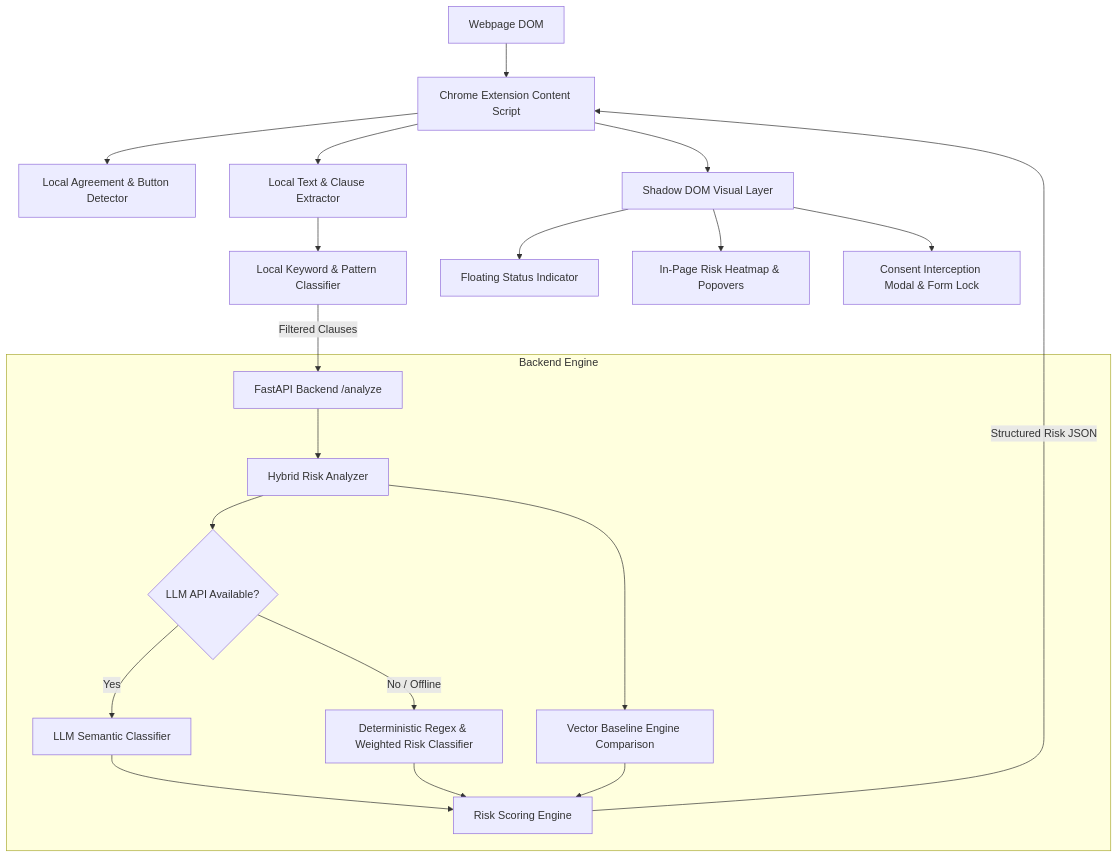
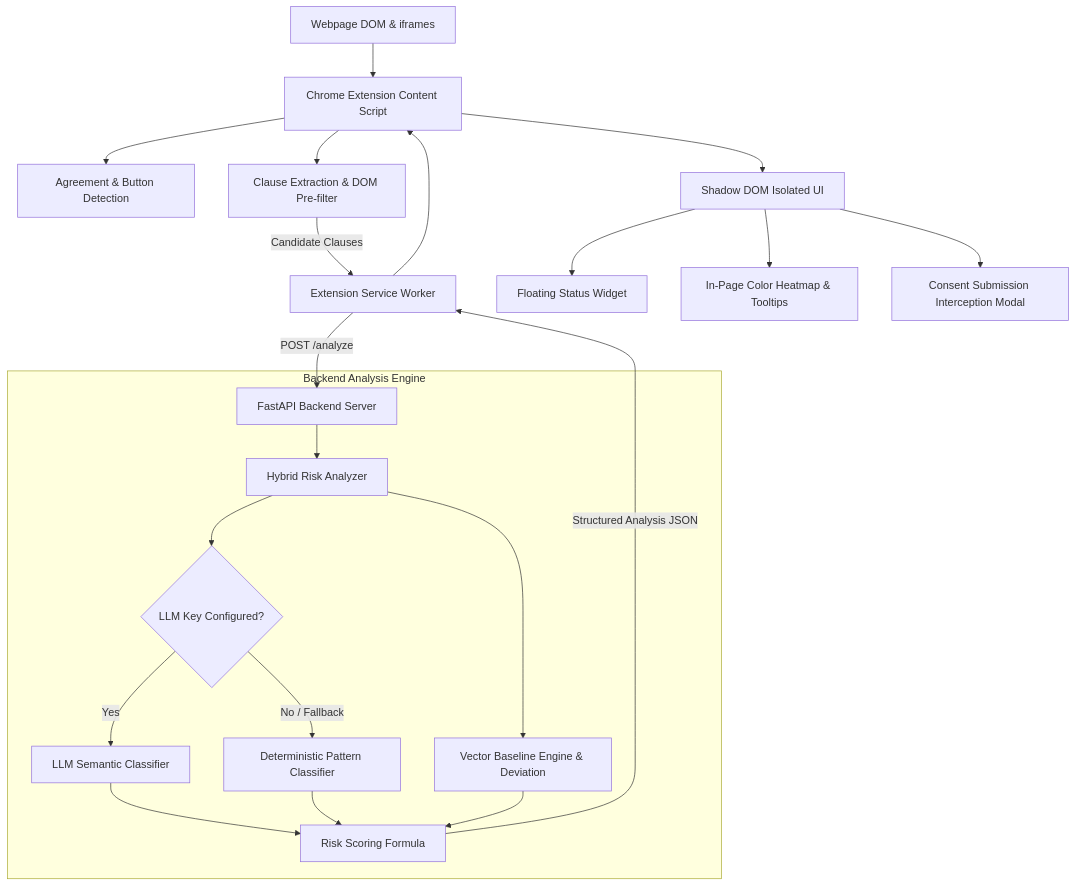
The diagram in README.md (vishaal-08/WebSense), drawn with Mermaid before and after one commit. The commit also changed other lines of this file and 11 other files, not shown here.

````diff
--- a/README.md
+++ b/README.md
@@ -52,26 +70,26 @@
 ```mermaid
 flowchart TD
-    A[Webpage DOM] --> B[Chrome Extension Content Script]
-    B --> C[Local Agreement & Button Detector]
-    B --> D[Local Text & Clause Extractor]
-    D --> E[Local Keyword & Pattern Classifier]
-    
-    E -->|Filtered Clauses| F[FastAPI Backend /analyze]
-    
-    subgraph Backend Engine
+    A[Webpage DOM & iframes] --> B[Chrome Extension Content Script]
+    B --> C[Agreement & Button Detection]
+    B --> D[Clause Extraction & DOM Pre-filter]
+    D -->|Candidate Clauses| E[Extension Service Worker]
+    E -->|POST /analyze| F[FastAPI Backend Server]
+
+    subgraph Backend Analysis Engine
         F --> G[Hybrid Risk Analyzer]
-        G --> H{LLM API Available?}
+        G --> H{LLM Key Configured?}
         H -->|Yes| I[LLM Semantic Classifier]
-        H -->|No / Offline| J[Deterministic Regex & Weighted Risk Classifier]
-        G --> K[Vector Baseline Engine Comparison]
-        I --> L[Risk Scoring Engine]
+        H -->|No / Fallback| J[Deterministic Pattern Classifier]
+        G --> K[Vector Baseline Engine & Deviation]
+        I --> L[Risk Scoring Formula]
         J --> L
         K --> L
     end
-    
-    L -->|Structured Risk JSON| B
-    B --> M[Shadow DOM Visual Layer]
-    M --> N[Floating Status Indicator]
-    M --> O[In-Page Risk Heatmap & Popovers]
-    M --> P[Consent Interception Modal & Form Lock]
+
+    L -->|Structured Analysis JSON| E
+    E --> B
+    B --> M[Shadow DOM Isolated UI]
+    M --> N[Floating Status Widget]
+    M --> O[In-Page Color Heatmap & Tooltips]
+    M --> P[Consent Submission Interception Modal]
 ```
````
